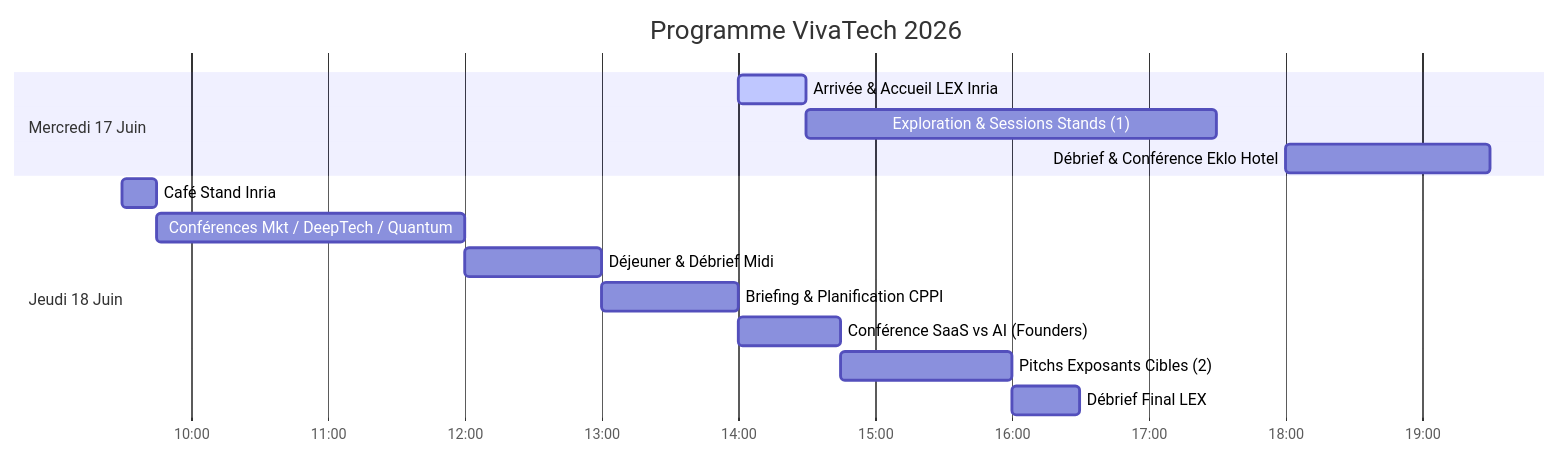
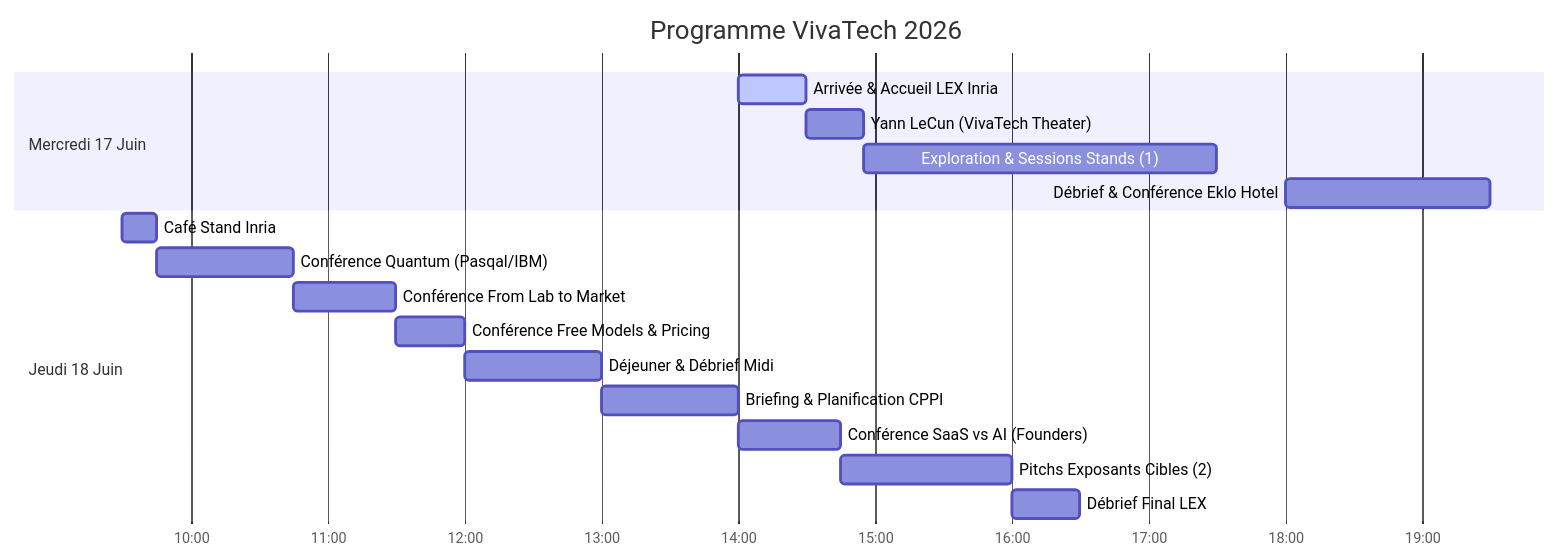
Before and after one commit to Ludwig-H/VivaTech2026: the diagram in README.md, drawn with Mermaid. The commit also changed other lines of this file, not shown here.

Commit message:
docs: update README with specific stands and speaking times

````diff
--- a/README.md
+++ b/README.md
@@ -19,20 +19,23 @@
 ```mermaid
 gantt
     title Programme VivaTech 2026
     dateFormat  HH:mm
     axisFormat %H:%M
     
     section Mercredi 17 Juin
     Arrivée & Accueil LEX Inria        :active, 14:00, 14:30
-    Exploration & Sessions Stands (1) : 14:30, 17:30
+    Yann LeCun (VivaTech Theater)     : 14:30, 14:55
+    Exploration & Sessions Stands (1) : 14:55, 17:30
     Débrief & Conférence Eklo Hotel   : 18:00, 19:30
     
     section Jeudi 18 Juin
     Café Stand Inria                  : 09:30, 09:45
-    Conférences Mkt / DeepTech / Quantum : 09:45, 12:00
+    Conférence Quantum (Pasqal/IBM)   : 09:45, 10:45
+    Conférence From Lab to Market     : 10:45, 11:30
+    Conférence Free Models & Pricing  : 11:30, 12:00
     Déjeuner & Débrief Midi           : 12:00, 13:00
     Briefing & Planification CPPI     : 13:00, 14:00
     Conférence SaaS vs AI (Founders)  : 14:00, 14:45
     Pitchs Exposants Cibles (2)       : 14:45, 16:00
     Débrief Final LEX                 : 16:00, 16:30
 ```
````
